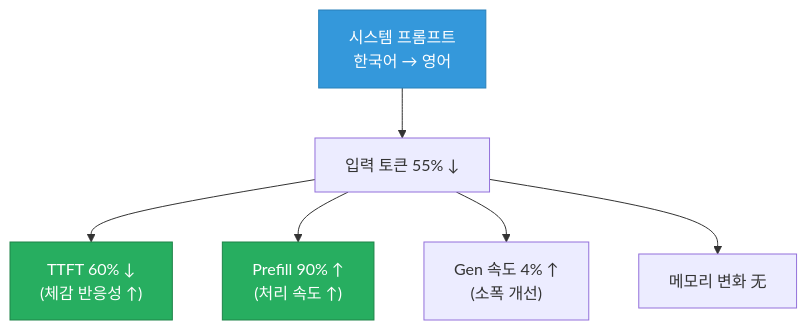
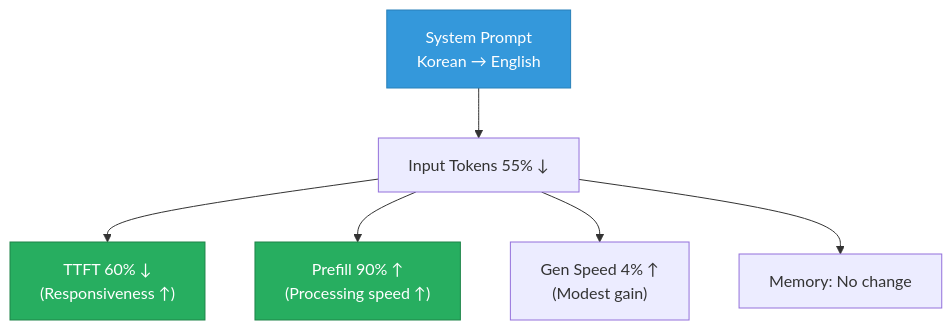
The second of 2 diagrams in _posts/2026-02-25-ollacode-prompt-optimization-benchmark.md (rockyRunnr/rockyRunnr.github.io), drawn with Mermaid before and after one commit. The commit also changed other lines of this file and 1 other file, not shown here.

Commit message:
fix: rewrite blog posts in English

````diff
--- a/_posts/2026-02-25-ollacode-prompt-optimization-benchmark.md
+++ b/_posts/2026-02-25-ollacode-prompt-optimization-benchmark.md
@@ -108,12 +108,12 @@
 ```mermaid
 flowchart TD
-    A["시스템 프롬프트<br/>한국어 → 영어"] --> B["입력 토큰 55% ↓"]
-    B --> C["TTFT 60% ↓<br/>(체감 반응성 ↑)"]
-    B --> D["Prefill 90% ↑<br/>(처리 속도 ↑)"]
-    B --> E["Gen 속도 4% ↑<br/>(소폭 개선)"]
-    B --> F["메모리 변화 无"]
+    A["System Prompt<br/>Korean → English"] --> B["Input Tokens 55% ↓"]
+    B --> C["TTFT 60% ↓<br/>(Responsiveness ↑)"]
+    B --> D["Prefill 90% ↑<br/>(Processing speed ↑)"]
+    B --> E["Gen Speed 4% ↑<br/>(Modest gain)"]
+    B --> F["Memory: No change"]
 
     style A fill:#3498db,stroke:#2980b9,color:#fff
     style C fill:#27ae60,stroke:#1e8449,color:#fff
     style D fill:#27ae60,stroke:#1e8449,color:#fff
 ```
````
